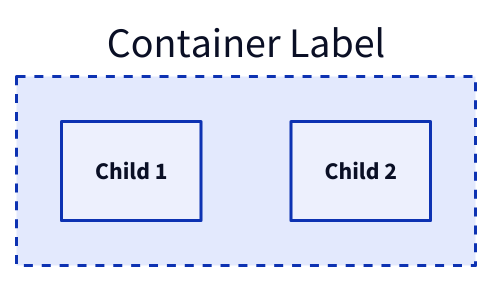
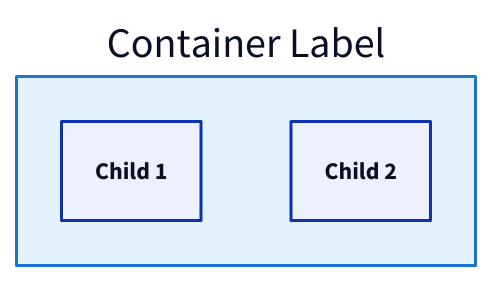
One commit to brucemckayone/codex changed the first of 4 diagrams in design/infrastructure/d2/README.md. Above: the diagram before and after it, drawn with D2. The commit also changed other lines of this file and 129 other files, not shown here.

````diff
--- a/design/infrastructure/d2/README.md
+++ b/design/infrastructure/d2/README.md
@@ -89,8 +128,10 @@
 ```d2
-container_name: Container Label {
-  style.stroke-dash: 3
+container_name: {
+  label: "Container Label"
+  style.fill: "#E3F2FD"
+  style.stroke: "#1976D2"
 
-  child1: Child 1
-  child2: Child 2
+  child1: "Child 1"
+  child2: "Child 2"
 }
 ```
````
